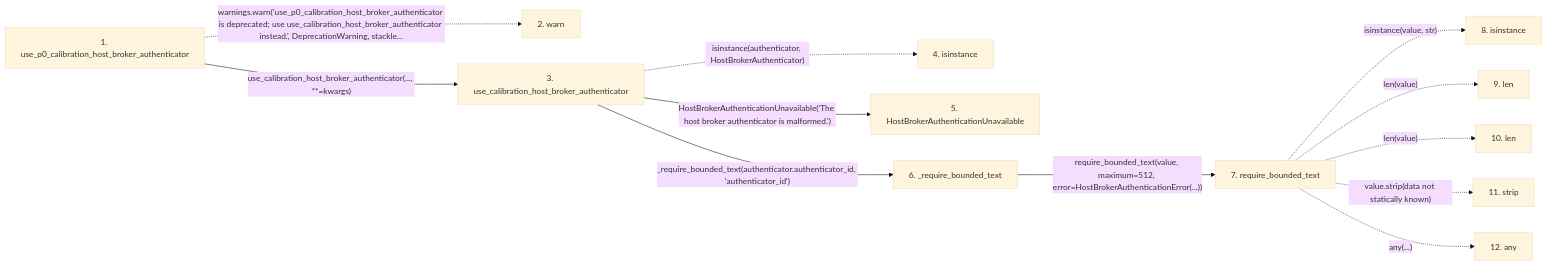
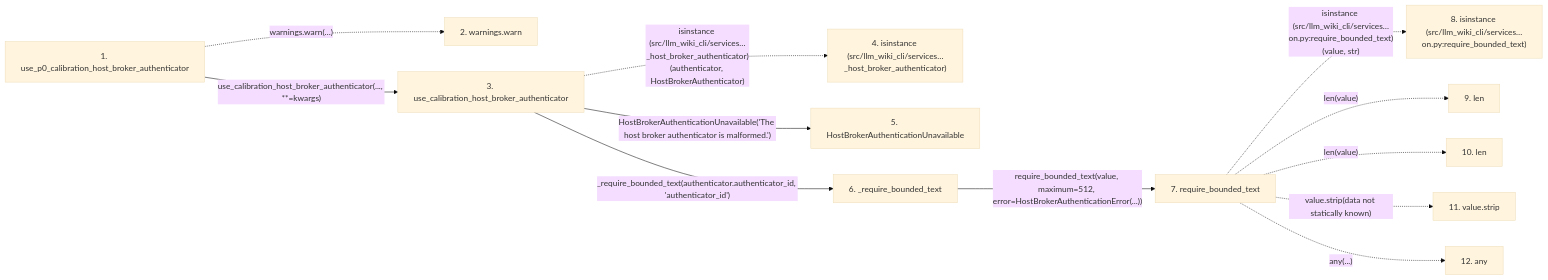
One commit to Denissvgn/python-wiki-llm changed the second of 2 diagrams in docs/llm_wiki/flows/api-use_p0_calibration_host_broker_authenticator.md. Above: the diagram before and after it, drawn with Mermaid (base theme). The commit also changed other lines of this file and 719 other files, not shown here.

````diff
--- a/docs/llm_wiki/flows/api-use_p0_calibration_host_broker_authenticator.md
+++ b/docs/llm_wiki/flows/api-use_p0_calibration_host_broker_authenticator.md
@@ -47,31 +48,31 @@
 ```mermaid
 flowchart LR
     s1["1. use_p0_calibration_host_broker_authenticator"]
-    s2["2. warn"]
+    s2["2. warnings.warn"]
     s3["3. use_calibration_host_broker_authenticator"]
-    s4["4. isinstance"]
+    s4["4. isinstance (src/llm_wiki_cli/services…_host_broker_authenticator)"]
     s5["5. HostBrokerAuthenticationUnavailable"]
     s6["6. _require_bounded_text"]
     s7["7. require_bounded_text"]
-    s8["8. isinstance"]
+    s8["8. isinstance (src/llm_wiki_cli/services…on.py:require_bounded_text)"]
     s9["9. len"]
     s10["10. len"]
-    s11["11. strip"]
+    s11["11. value.strip"]
     s12["12. any"]
-    s1 -. "warnings.warn('use_p0_calibration_host_broker_authenticator is deprecated; use use_calibration_host_broker_authenticator instead.', DeprecationWarning, stackle…" .-> s2
+    s1 -. "warnings.warn(…)" .-> s2
     s1 -->|"use_calibration_host_broker_authenticator(..., **=kwargs)"| s3
-    s3 -. "isinstance(authenticator, HostBrokerAuthenticator)" .-> s4
+    s3 -. "isinstance (src/llm_wiki_cli/services…_host_broker_authenticator)(authenticator, HostBrokerAuthenticator)" .-> s4
     s3 -->|"HostBrokerAuthenticationUnavailable('The host broker authenticator is malformed.')"| s5
     s3 -->|"_require_bounded_text(authenticator.authenticator_id, 'authenticator_id')"| s6
     s6 -->|"require_bounded_text(value, maximum=512, error=HostBrokerAuthenticationError(...))"| s7
-    s7 -. "isinstance(value, str)" .-> s8
+    s7 -. "isinstance (src/llm_wiki_cli/services…on.py:require_bounded_text)(value, str)" .-> s8
     s7 -. "len(value)" .-> s9
     s7 -. "len(value)" .-> s10
     s7 -. "value.strip(data not statically known)" .-> s11
     s7 -. "any(...)" .-> s12
     click s1 "../modules/host_broker.md"
     click s3 "../modules/host_broker.md"
     click s5 "../modules/host_broker.md"
     click s6 "../modules/host_broker.md"
     click s7 "../modules/validation.md"
 ```
````
